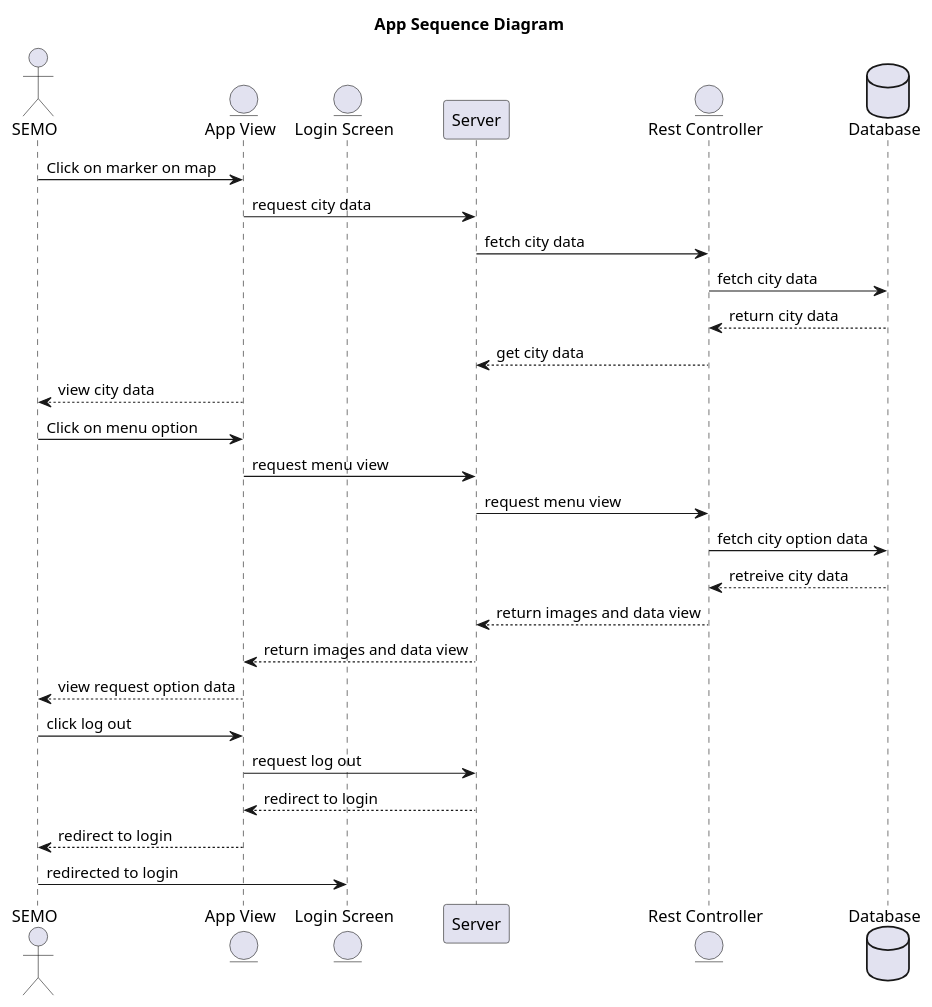
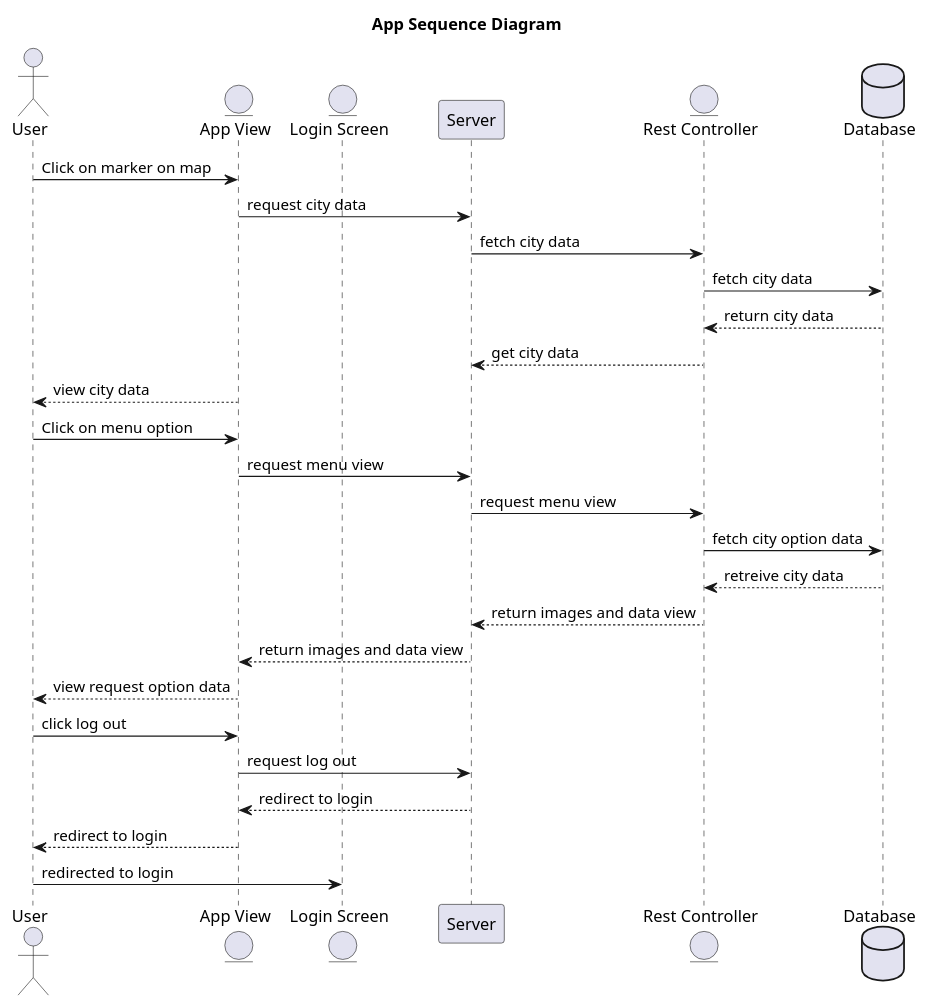
One commit to AhmedBakrXI/Traveller-Planner changed the diagram in diagrams/App Sequence Diagram.puml. Above: the diagram before and after it, drawn with PlantUML. The commit also changed 3 other files, not shown here.

Commit message:
Added diagrams

```diff
--- a/diagrams/App Sequence Diagram.puml
+++ b/diagrams/App Sequence Diagram.puml
@@ -1,40 +1,40 @@
 @startuml "App"
 
 ' autonumber
 
 title "App Sequence Diagram"
 
-actor "SEMO" as user
+actor "User" as user
 
 
 entity "App View" as app
 entity "Login Screen" as login
 participant "Server" as request
 entity "Rest Controller" as rest
 
 database Database as db
 
 
 user -> app: Click on marker on map
 app -> request: request city data
 request -> rest: fetch city data
 rest -> db: fetch city data
 db --> rest: return city data
 rest --> request: get city data
 app --> user: view city data
 
 user -> app: Click on menu option
 app -> request: request menu view
 request -> rest: request menu view
 rest -> db: fetch city option data
 db --> rest: retreive city data
 rest --> request: return images and data view
 request --> app: return images and data view
 app --> user: view request option data
 
 user -> app: click log out
 app -> request: request log out
 request --> app: redirect to login
 app --> user: redirect to login
 user -> login: redirected to login
 @enduml
```
